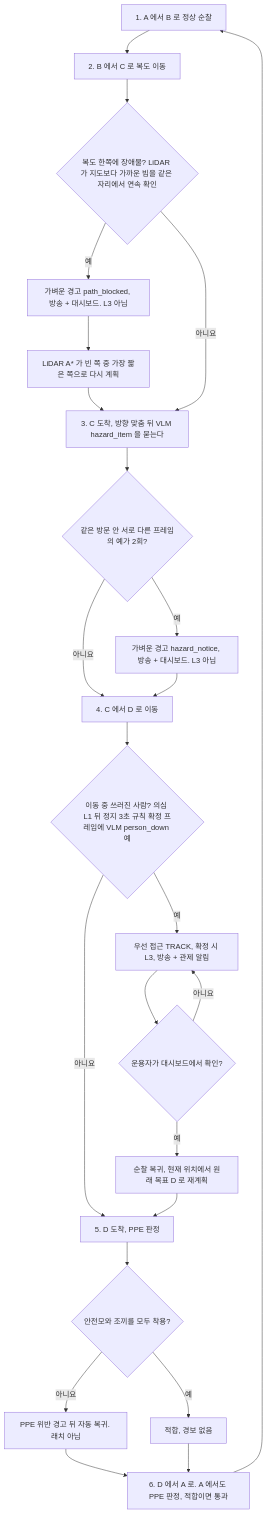
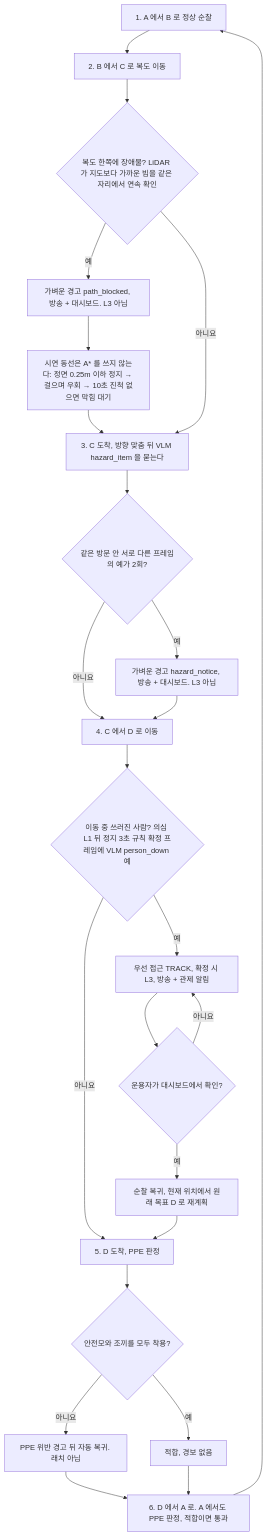
Before and after one commit to PJW-1/mechadog: the diagram in docs/features/factory-demo-scenario.md, drawn with Mermaid. The commit also changed 12 other files, not shown here.

````diff
--- a/docs/features/factory-demo-scenario.md
+++ b/docs/features/factory-demo-scenario.md
@@ -9,26 +9,26 @@
 ```mermaid
 flowchart TD
   S1["1. A 에서 B 로 정상 순찰"] --> S2["2. B 에서 C 로 복도 이동"]
   S2 --> BLK{"복도 한쪽에 장애물? LiDAR 가 지도보다 가까운 빔을 같은 자리에서 연속 확인"}
   BLK -->|예| PB["가벼운 경고 path_blocked, 방송 + 대시보드. L3 아님"]
-  PB --> DETOUR["LiDAR A* 가 빈 쪽 중 가장 짧은 쪽으로 다시 계획"]
+  PB --> DETOUR["시연 동선은 A* 를 쓰지 않는다: 정면 0.25m 이하 정지 → 걸으며 우회 → 10초 진척 없으면 막힘 대기"]
   DETOUR --> S3
   BLK -->|아니요| S3["3. C 도착, 방향 맞춤 뒤 VLM hazard_item 을 묻는다"]
   S3 --> HZ{"같은 방문 안 서로 다른 프레임의 예가 2회?"}
   HZ -->|예| HN["가벼운 경고 hazard_notice, 방송 + 대시보드. L3 아님"]
   HZ -->|아니요| S4
   HN --> S4["4. C 에서 D 로 이동"]
   S4 --> FALL{"이동 중 쓰러진 사람? 의심 L1 뒤 정지 3초 규칙 확정 프레임에 VLM person_down 예"}
   FALL -->|예| TRK["우선 접근 TRACK, 확정 시 L3, 방송 + 관제 알림"]
   TRK --> CONF{"운용자가 대시보드에서 확인?"}
   CONF -->|예| REPLAN["순찰 복귀, 현재 위치에서 원래 목표 D 로 재계획"]
   CONF -->|아니요| TRK
   FALL -->|아니요| S5
   REPLAN --> S5["5. D 도착, PPE 판정"]
   S5 --> PPE{"안전모와 조끼를 모두 착용?"}
   PPE -->|아니요| PV["PPE 위반 경고 뒤 자동 복귀. 래치 아님"]
   PPE -->|예| OK["적합, 경보 없음"]
   PV --> S6["6. D 에서 A 로. A 에서도 PPE 판정, 적합이면 통과"]
   OK --> S6
   S6 --> S1
 ```
````
